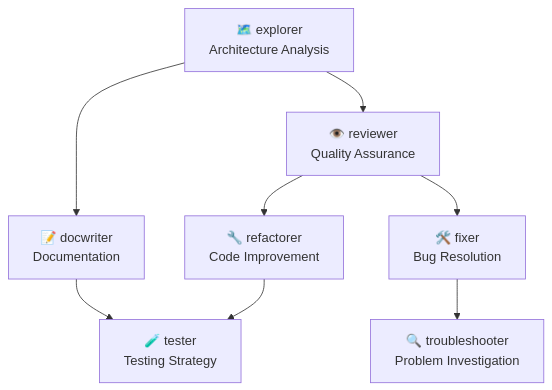
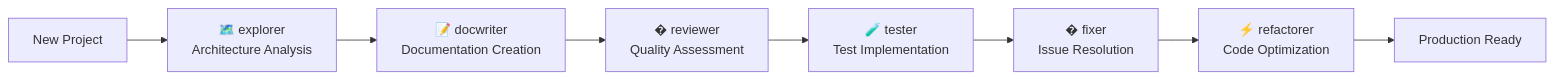
One commit to sandeand001/DevWorkflow-Framework changed the first of 3 diagrams in README.md. Above: the diagram before and after it, drawn with Mermaid. The commit also changed other lines of this file, not shown here.

````diff
--- a/README.md
+++ b/README.md
@@ -121,10 +62,10 @@
 ```mermaid
-graph TD
-    A["🗺️ explorer<br/>Architecture Analysis"] --> B["📝 docwriter<br/>Documentation"]
-    A --> C["👁️ reviewer<br/>Quality Assurance"]
-    C --> D["🛠️ fixer<br/>Bug Resolution"]
-    C --> E["🔧 refactorer<br/>Code Improvement"]
-    B --> F["🧪 tester<br/>Testing Strategy"]
-    D --> G["🔍 troubleshooter<br/>Problem Investigation"]
-    E --> F
+graph LR
+    A[New Project] --> B["🗺️ explorer<br/>Architecture Analysis"]
+    B --> C["📝 docwriter<br/>Documentation Creation"]  
+    C --> D["� reviewer<br/>Quality Assessment"]
+    D --> E["🧪 tester<br/>Test Implementation"]
+    E --> F["� fixer<br/>Issue Resolution"]
+    F --> G["⚡ refactorer<br/>Code Optimization"]
+    G --> H[Production Ready]
 ```
````
